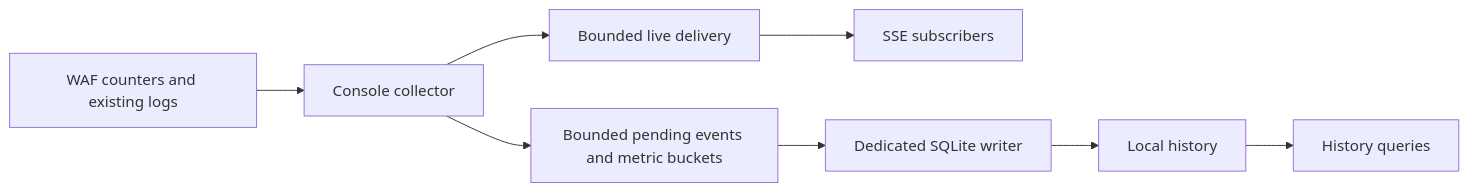
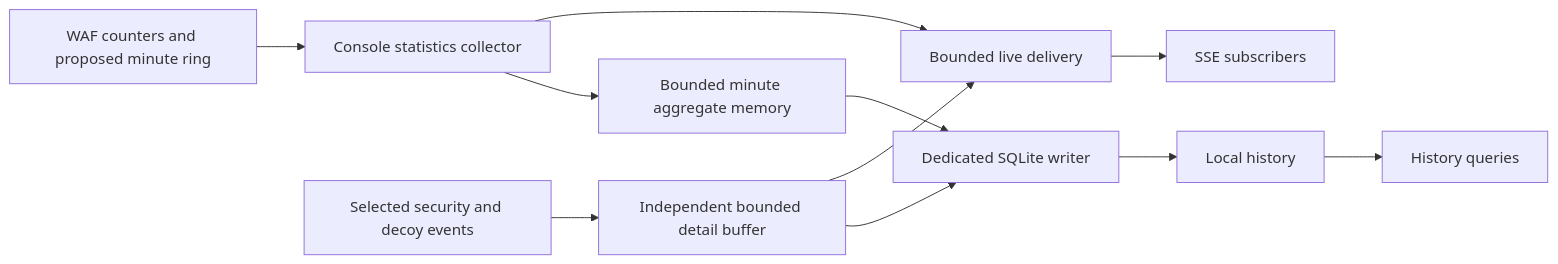
One commit to hiroeorz/kunato changed the diagram in docs/monitoring-console-storage.md. Above: the diagram before and after it, drawn with Mermaid. The commit also changed other lines of this file and 36 other files, not shown here.

````diff
--- a/docs/monitoring-console-storage.md
+++ b/docs/monitoring-console-storage.md
@@ -44,10 +50,13 @@
 ```mermaid
 flowchart LR
-    WAF[WAF counters and existing logs] --> Collector[Console collector]
+    WAF[WAF counters and proposed minute ring] --> Collector[Console statistics collector]
+    Logs[Selected security and decoy events] --> Detail[Independent bounded detail buffer]
     Collector --> Live[Bounded live delivery]
     Live --> SSE[SSE subscribers]
-    Collector --> Buffer[Bounded pending events and metric buckets]
+    Collector --> Buffer[Bounded minute aggregate memory]
+    Detail --> Live
     Buffer --> Worker[Dedicated SQLite writer]
+    Detail --> Worker
     Worker --> SQLite[Local history]
     SQLite --> History[History queries]
 ```
````
